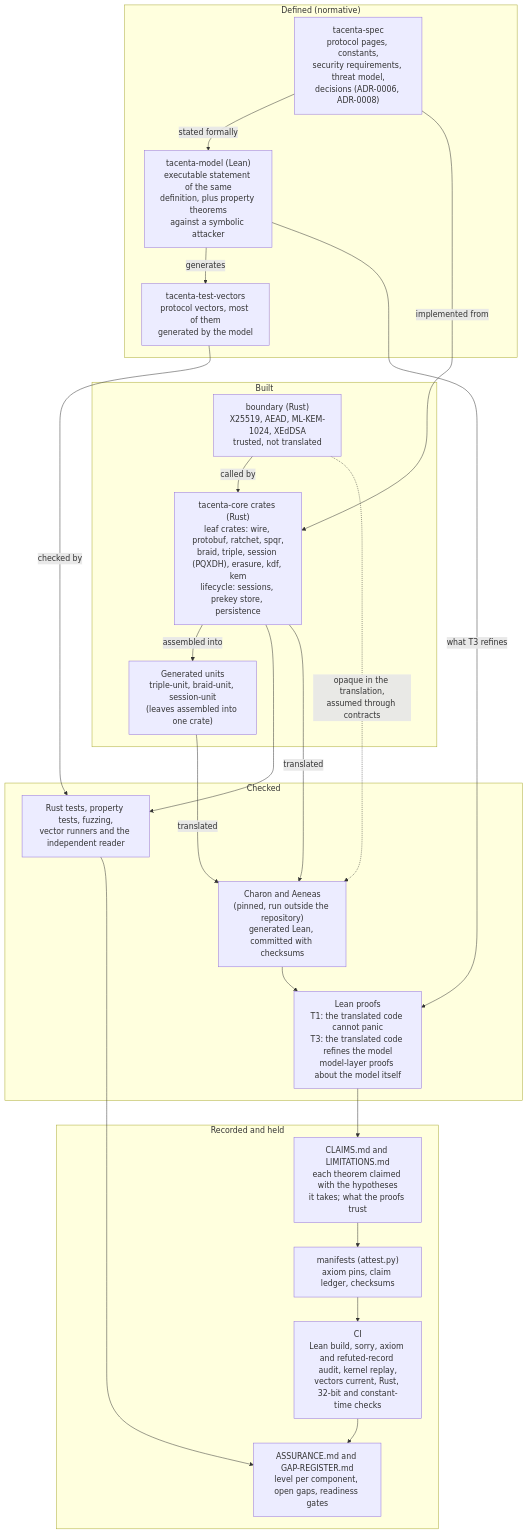
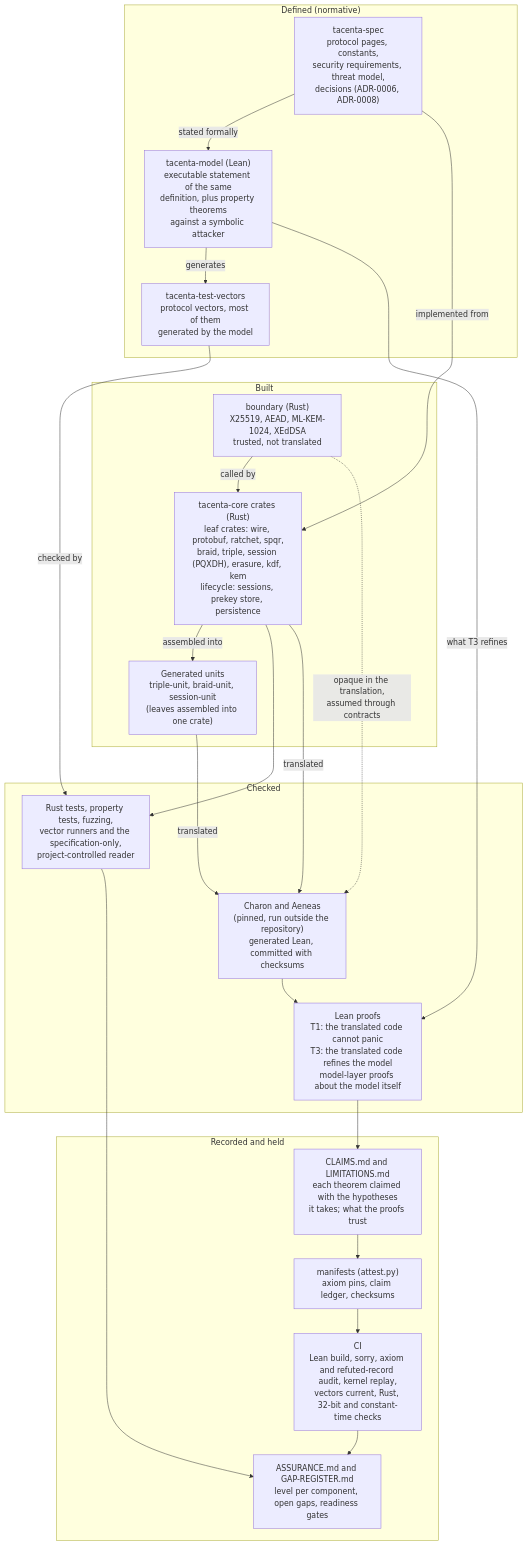
The diagram in README.md (Natuvea/tacenta-core), drawn with Mermaid before and after one commit. The commit also changed other lines of this file and 38 other files, not shown here.

First line of the commit message:
docs: call the project's reader specification-only, not independent (#281)

````diff
--- a/README.md
+++ b/README.md
@@ -101,52 +101,52 @@
 ```mermaid
 flowchart TD
     subgraph DEFINE["Defined (normative)"]
         SPEC["tacenta-spec<br/>protocol pages, constants,<br/>security requirements, threat model,<br/>decisions (ADR-0006, ADR-0008)"]
         MODEL["tacenta-model (Lean)<br/>executable statement of the same<br/>definition, plus property theorems<br/>against a symbolic attacker"]
         VEC["tacenta-test-vectors<br/>protocol vectors, most of them<br/>generated by the model"]
     end
 
     subgraph BUILD["Built"]
         BOUND["boundary (Rust)<br/>X25519, AEAD, ML-KEM-1024, XEdDSA<br/>trusted, not translated"]
         CRATES["tacenta-core crates (Rust)<br/>leaf crates: wire, protobuf, ratchet, spqr,<br/>braid, triple, session (PQXDH), erasure, kdf, kem<br/>lifecycle: sessions, prekey store, persistence"]
         UNITS["Generated units<br/>triple-unit, braid-unit, session-unit<br/>(leaves assembled into one crate)"]
     end
 
     subgraph CHECK["Checked"]
-        TESTS["Rust tests, property tests, fuzzing,<br/>vector runners and the independent reader"]
+        TESTS["Rust tests, property tests, fuzzing,<br/>vector runners and the specification-only,<br/>project-controlled reader"]
         TRANS["Charon and Aeneas<br/>(pinned, run outside the repository)<br/>generated Lean, committed with checksums"]
         PROOFS["Lean proofs<br/>T1: the translated code cannot panic<br/>T3: the translated code refines the model<br/>model-layer proofs about the model itself"]
     end
 
     subgraph RECORD["Recorded and held"]
         CLAIMS["CLAIMS.md and LIMITATIONS.md<br/>each theorem claimed with the hypotheses<br/>it takes; what the proofs trust"]
         MANIFEST["manifests (attest.py)<br/>axiom pins, claim ledger, checksums"]
         CI["CI<br/>Lean build, sorry, axiom and refuted-record audit, kernel replay,<br/>vectors current, Rust, 32-bit and constant-time checks"]
         ASSURE["ASSURANCE.md and GAP-REGISTER.md<br/>level per component, open gaps, readiness gates"]
     end
 
     VEC --> BOUND
     UNITS --> TESTS
     TESTS --> TRANS
 
     SPEC -->|"stated formally"| MODEL
     MODEL -->|"generates"| VEC
     BOUND -->|"called by"| CRATES
     CRATES -->|"assembled into"| UNITS
     TRANS --> PROOFS
     PROOFS --> CLAIMS
     CLAIMS --> MANIFEST
     MANIFEST --> CI
     CI --> ASSURE
 
     SPEC -->|"implemented from"| CRATES
     VEC -->|"checked by"| TESTS
     CRATES --> TESTS
     CRATES -->|"translated"| TRANS
     UNITS -->|"translated"| TRANS
     BOUND -. "opaque in the translation,<br/>assumed through contracts" .-> TRANS
     MODEL -->|"what T3 refines"| PROOFS
     TESTS --> ASSURE
 
     linkStyle 0,1,2 stroke-width:0px,stroke:transparent
 ```
````
